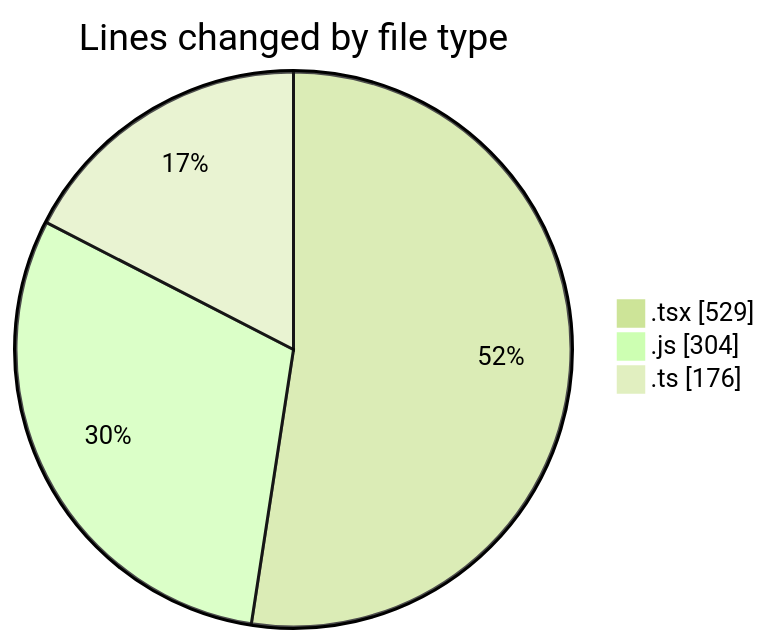
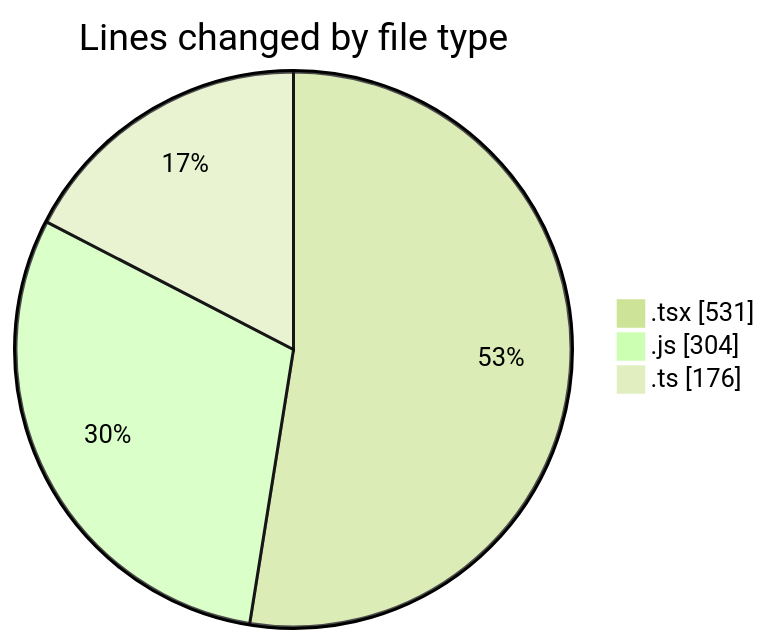
The first of 2 diagrams in 2025-02-26/cda/README.md (momahboobian/code-tracking), drawn with Mermaid (forest theme) before and after one commit. The commit also changed other lines of this file and 1 other file, not shown here.

````diff
--- a/2025-02-26/cda/README.md
+++ b/2025-02-26/cda/README.md
@@ -30,7 +30,7 @@
 ```mermaid
 pie showData
 title Lines changed by file type
-".tsx" : 529
+".tsx" : 531
 ".js" : 304
 ".ts" : 176
 ```
````
